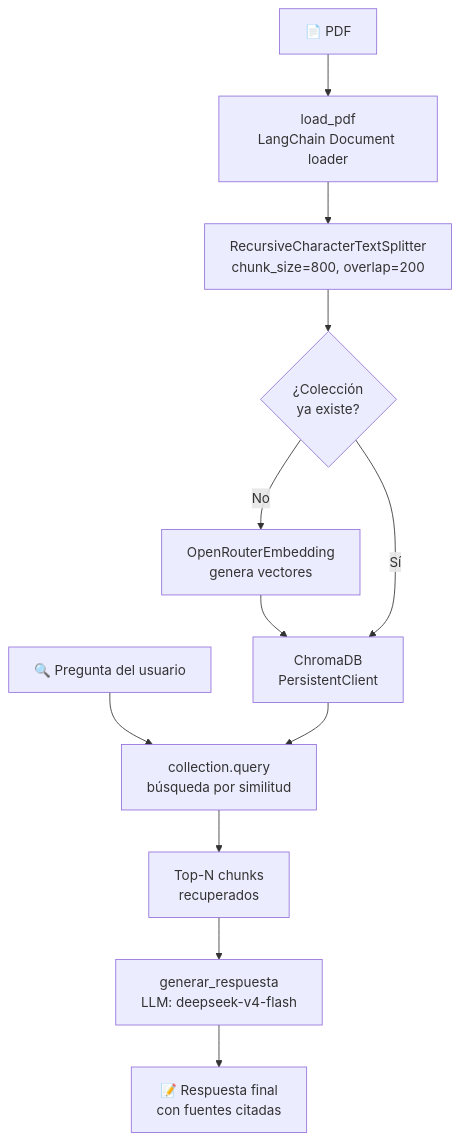
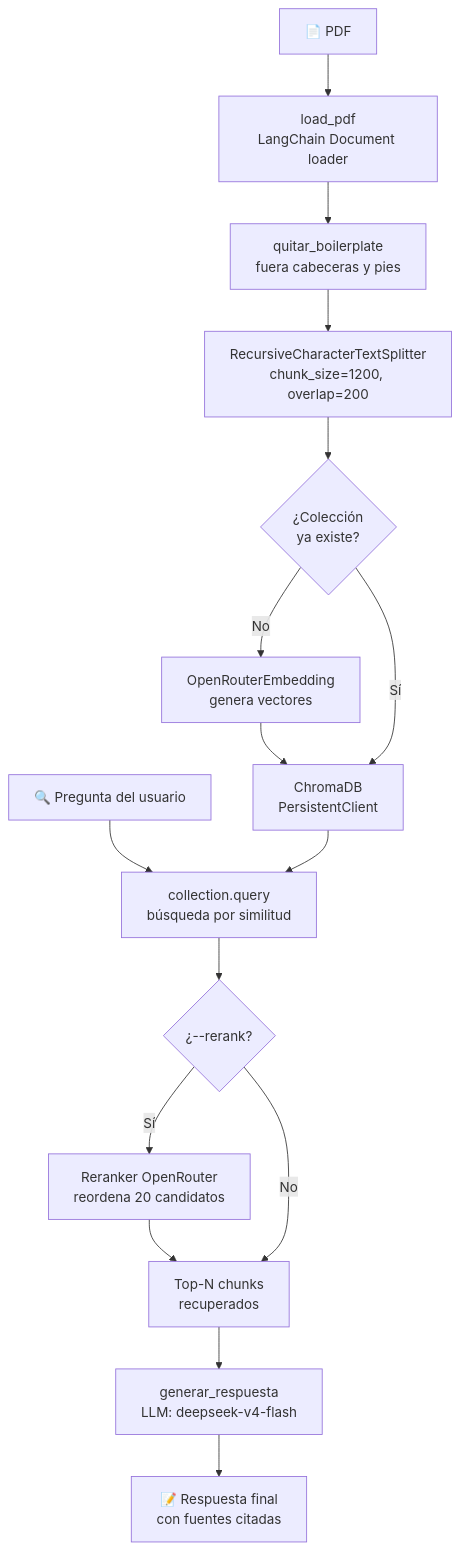
Before and after one commit to juananpe/rag-basico: the diagram in README.md, drawn with Mermaid. The commit also changed other lines of this file and 3 other files, not shown here.

First line of the commit message:
Improve retrieval: bge-m3, boilerplate stripping, optional rerank, benchmark

````diff
--- a/README.md
+++ b/README.md
@@ -7,14 +7,18 @@
 ```mermaid
 flowchart TD
     A[📄 PDF] --> B[load_pdf<br/>LangChain Document loader]
-    B --> C[RecursiveCharacterTextSplitter<br/>chunk_size=800, overlap=200]
+    B --> B2[quitar_boilerplate<br/>fuera cabeceras y pies]
+    B2 --> C[RecursiveCharacterTextSplitter<br/>chunk_size=1200, overlap=200]
     C --> D{¿Colección<br/>ya existe?}
     D -->|No| E[OpenRouterEmbedding<br/>genera vectores]
     E --> F[ChromaDB<br/>PersistentClient]
     D -->|Sí| F
     G[🔍 Pregunta del usuario] --> H[collection.query<br/>búsqueda por similitud]
     F --> H
-    H --> I[Top-N chunks<br/>recuperados]
+    H --> R{¿--rerank?}
+    R -->|Sí| RR[Reranker OpenRouter<br/>reordena 20 candidatos]
+    RR --> I
+    R -->|No| I[Top-N chunks<br/>recuperados]
     I --> J[generar_respuesta<br/>LLM: deepseek-v4-flash]
     J --> K[📝 Respuesta final<br/>con fuentes citadas]
 ```
````
